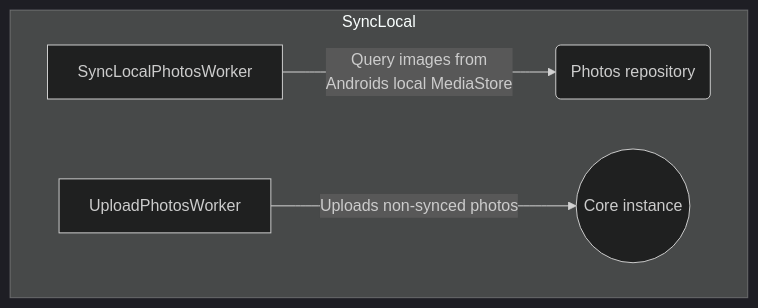
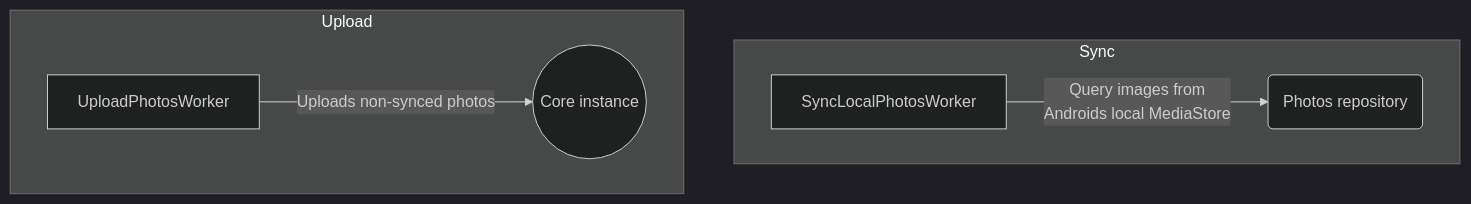
The second of 2 diagrams in README.md (photos-network/android), drawn with Mermaid (dark theme) before and after one commit.

Commit message:
separate subs

````diff
--- a/README.md
+++ b/README.md
@@ -35,10 +35,10 @@
 ```mermaid
   graph TB
-    subgraph SyncLocal
+    subgraph Sync
       worker1[SyncLocalPhotosWorker]-- Query images from <br/>Androids local MediaStore --> repo1(Photos repository)
     end
     
-    subgraph SyncLocal
+    subgraph Upload
       worker2[UploadPhotosWorker]-- Uploads non-synced photos --> core((Core instance))
     end
 ```
````
